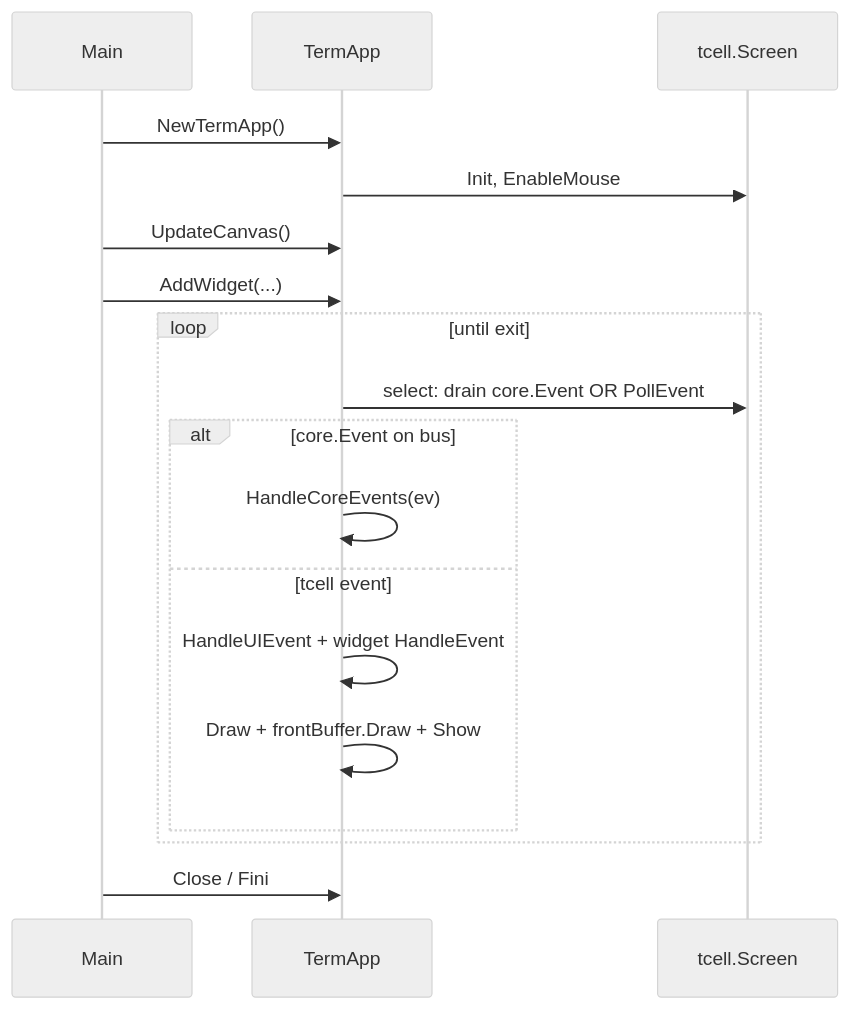
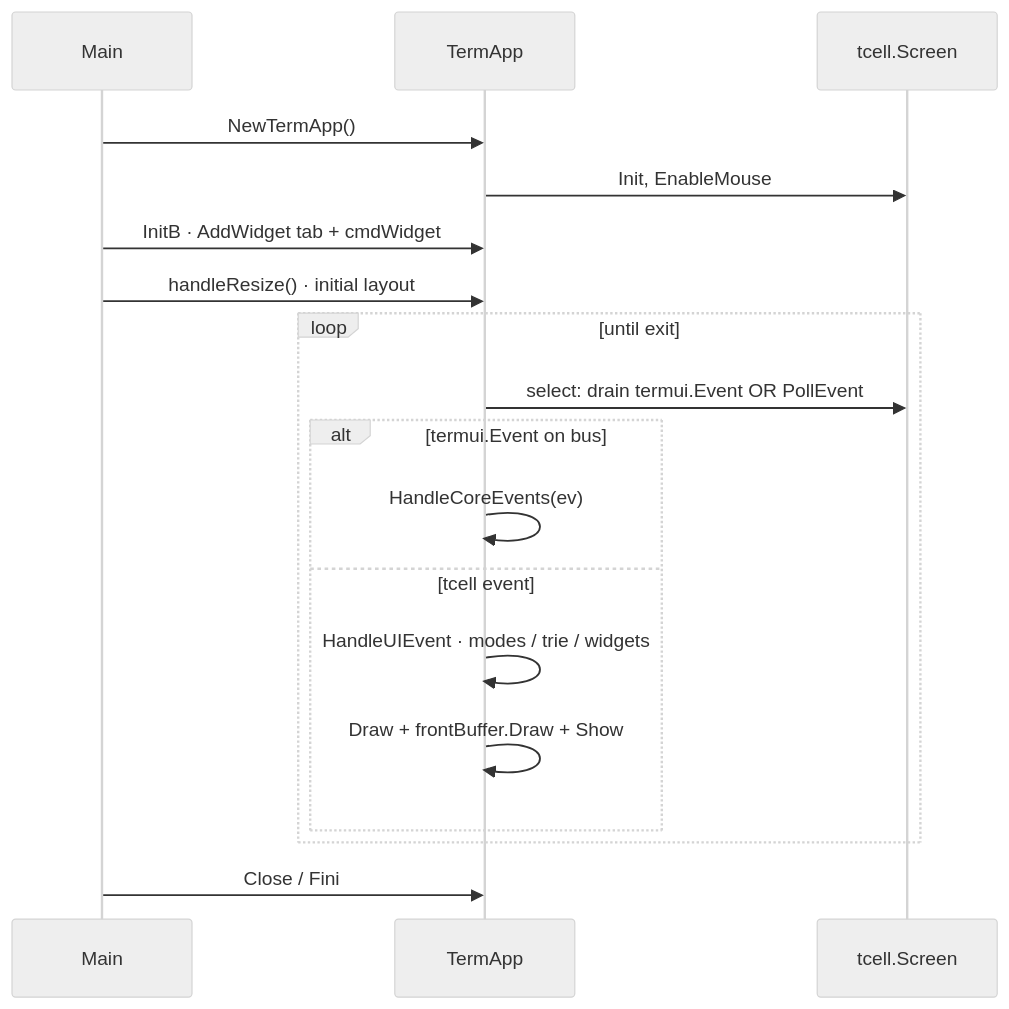
Before and after one commit to yairgd/gdbforge: the seventh of 7 diagrams in docs/UI_ARCHITECTURE.md, drawn with Mermaid (neutral theme). The commit also changed other lines of this file and 18 other files, not shown here.

````diff
--- a/docs/UI_ARCHITECTURE.md
+++ b/docs/UI_ARCHITECTURE.md
@@ -409,21 +455,21 @@
 ```mermaid
 sequenceDiagram
     participant Main
     participant App as TermApp
     participant Screen as tcell.Screen
 
     Main->>App: NewTermApp()
     App->>Screen: Init, EnableMouse
-    Main->>App: UpdateCanvas()
-    Main->>App: AddWidget(...)
+    Main->>App: InitB · AddWidget tab + cmdWidget
+    Main->>App: handleResize() · initial layout
     loop until exit
-        App->>Screen: select: drain core.Event OR PollEvent
-        alt core.Event on bus
+        App->>Screen: select: drain termui.Event OR PollEvent
+        alt termui.Event on bus
             App->>App: HandleCoreEvents(ev)
         else tcell event
-            App->>App: HandleUIEvent + widget HandleEvent
+            App->>App: HandleUIEvent · modes / trie / widgets
             App->>App: Draw + frontBuffer.Draw + Show
         end
     end
     Main->>App: Close / Fini
 ```
````
